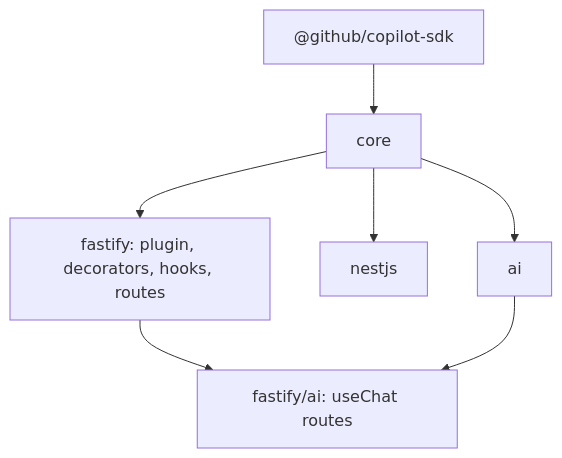
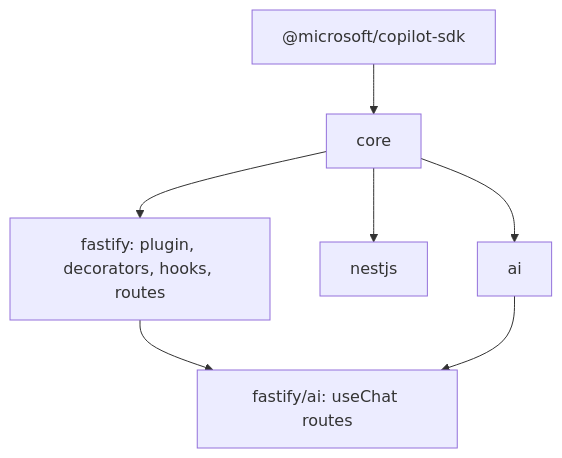
Before and after one commit to brunoborges/copilot-sdk-integrations: the diagram in nodejs/DESIGN-FASTIFY.md, drawn with Mermaid. The commit also changed other lines of this file and 427 other files, not shown here.

First line of the commit message:
Migrate all integrations to Microsoft Copilot SDK v2

````diff
--- a/nodejs/DESIGN-FASTIFY.md
+++ b/nodejs/DESIGN-FASTIFY.md
@@ -64,16 +64,16 @@
 ```mermaid
 flowchart TB
-  SDK["@github/copilot-sdk"]
+  SDK["@microsoft/copilot-sdk"]
   Core["core"]
   AI["ai"]
   Nest["nestjs"]
   Fastify["fastify: plugin, decorators, hooks, routes"]
   FastifyAI["fastify/ai: useChat routes"]
 
   SDK --> Core
   Core --> AI
   Core --> Nest
   Core --> Fastify
   Fastify --> FastifyAI
   AI --> FastifyAI
 ```
````
